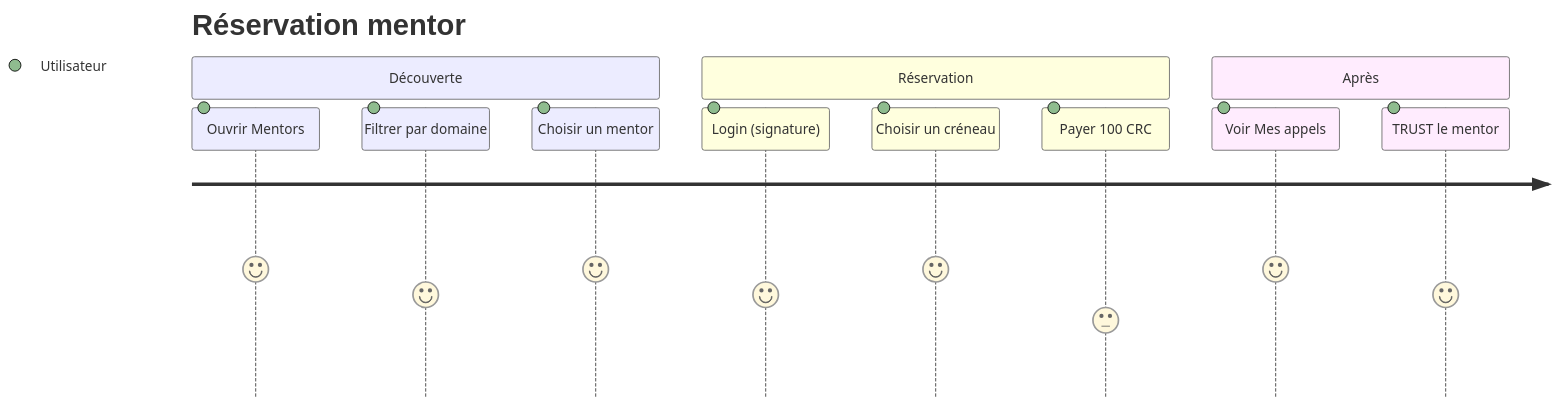
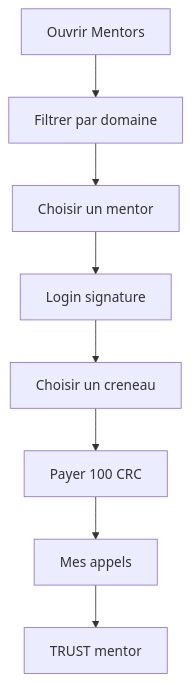
Before and after one commit to gnosis-box/THP-for-Good: the diagram in docs/03-guide-utilisateur.md, drawn with Mermaid. The commit also changed other lines of this file and 7 other files, not shown here.

````diff
--- a/docs/03-guide-utilisateur.md
+++ b/docs/03-guide-utilisateur.md
@@ -16,15 +32,10 @@
 ```mermaid
-journey
-  title Réservation mentor
-  section Découverte
-    Ouvrir Mentors: 5: Utilisateur
-    Filtrer par domaine: 4: Utilisateur
-    Choisir un mentor: 5: Utilisateur
-  section Réservation
-    Login (signature): 4: Utilisateur
-    Choisir un créneau: 5: Utilisateur
-    Payer 100 CRC: 3: Utilisateur
-  section Après
-    Voir Mes appels: 5: Utilisateur
-    TRUST le mentor: 4: Utilisateur
+flowchart TD
+  A[Ouvrir Mentors] --> B[Filtrer par domaine]
+  B --> C[Choisir un mentor]
+  C --> D[Login signature]
+  D --> E[Choisir un creneau]
+  E --> F[Payer 100 CRC]
+  F --> G[Mes appels]
+  G --> H[TRUST mentor]
 ```
````
